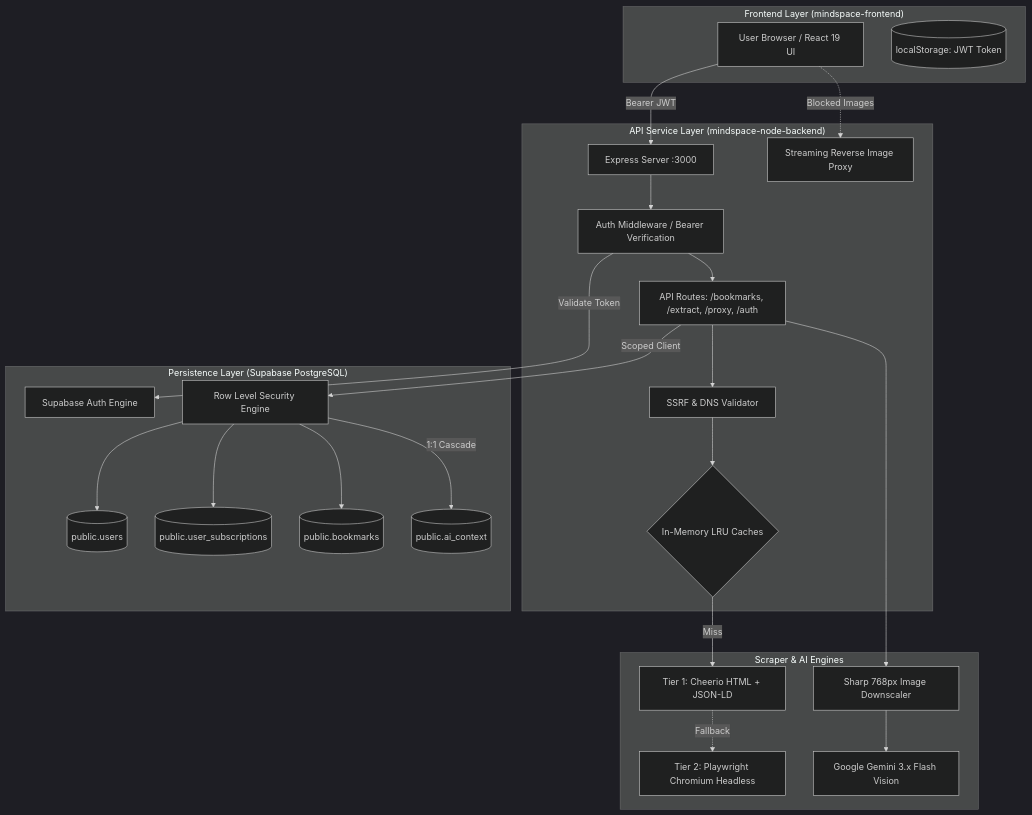
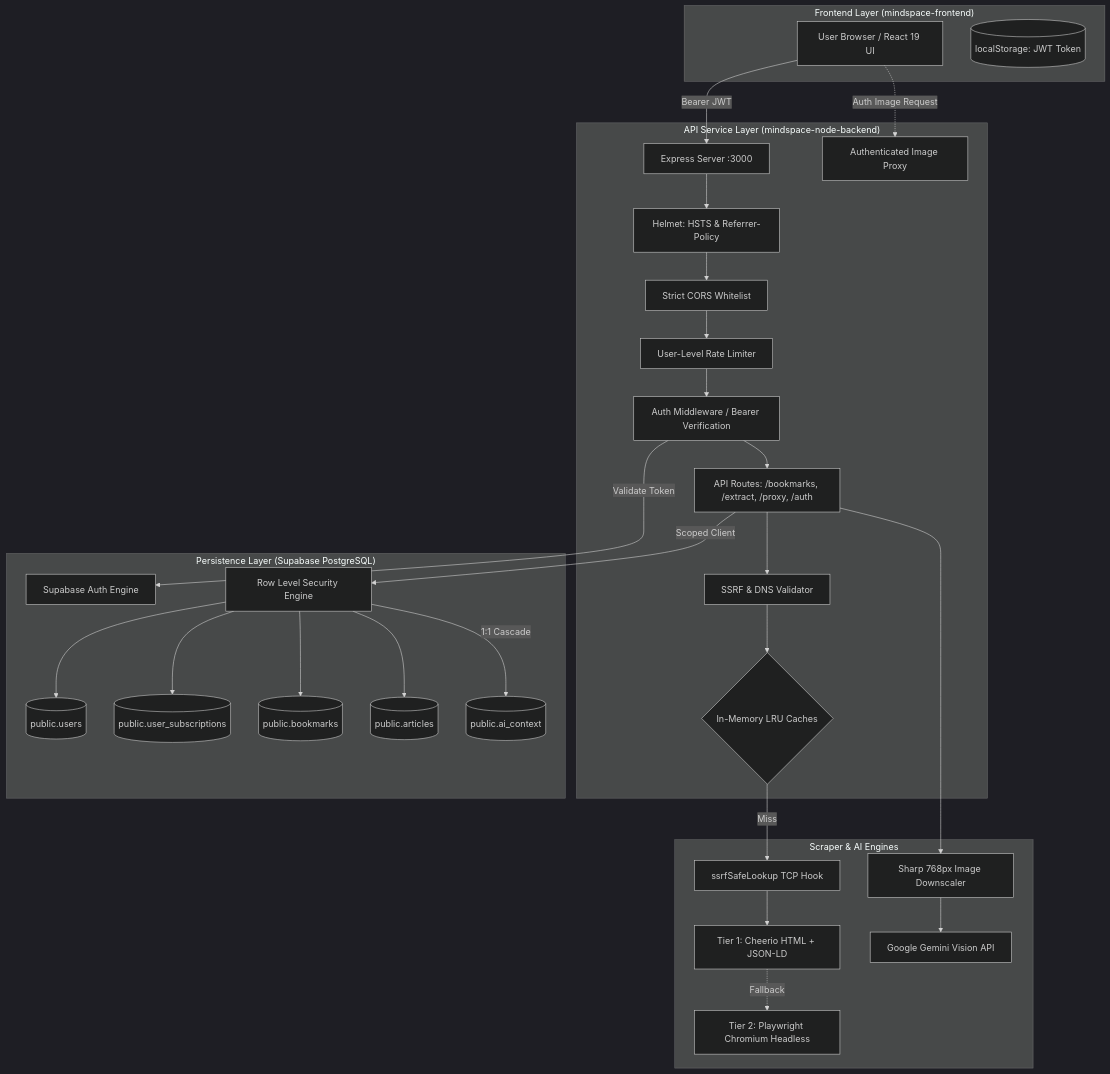
Before and after one commit to vaddadi-abhishek/Link-Web-Scrapper: the first of 3 diagrams in README.md, drawn with Mermaid (dark theme). The commit also changed other lines of this file and 13 other files, not shown here.

Commit message:
feat(security): implement socket SSRF guards, user rate limits, error sanitization, and split docs into DETAILS.md

````diff
--- a/README.md
+++ b/README.md
@@ -140,49 +29,57 @@
 ```mermaid
 graph TB
     subgraph Client ["Frontend Layer (mindspace-frontend)"]
         Browser[User Browser / React 19 UI]
         TokenStorage[(localStorage: JWT Token)]
     end
 
     subgraph Gateway ["API Service Layer (mindspace-node-backend)"]
         Server[Express Server :3000]
+        Helmet[Helmet: HSTS & Referrer-Policy]
+        CORS[Strict CORS Whitelist]
         AuthMW[Auth Middleware / Bearer Verification]
+        Limiter[User-Level Rate Limiter]
         Router[API Routes: /bookmarks, /extract, /proxy, /auth]
         SSRF[SSRF & DNS Validator]
         LRUCache{In-Memory LRU Caches}
-        Proxy[Streaming Reverse Image Proxy]
+        Proxy[Authenticated Image Proxy]
     end
 
     subgraph Scraping ["Scraper & AI Engines"]
         Cheerio[Tier 1: Cheerio HTML + JSON-LD]
         Playwright[Tier 2: Playwright Chromium Headless]
         Sharp[Sharp 768px Image Downscaler]
-        Gemini[Google Gemini 3.x Flash Vision]
+        Gemini[Google Gemini Vision API]
+        SocketSSRF[ssrfSafeLookup TCP Hook]
     end
 
     subgraph SupabaseDB ["Persistence Layer (Supabase PostgreSQL)"]
         AuthDB[Supabase Auth Engine]
         RLS[Row Level Security Engine]
         T_Users[(public.users)]
         T_Subs[(public.user_subscriptions)]
         T_Bookmarks[(public.bookmarks)]
+        T_Articles[(public.articles)]
         T_AI[(public.ai_context)]
     end
 
     Browser -- Bearer JWT --> Server
-    Server --> AuthMW
+    Server --> Helmet --> CORS --> Limiter
+    Limiter --> AuthMW
     AuthMW -- Validate Token --> AuthDB
     AuthMW --> Router
     Router --> SSRF
     SSRF --> LRUCache
-    LRUCache -- Miss --> Cheerio
+    LRUCache -- Miss --> SocketSSRF
+    SocketSSRF --> Cheerio
     Cheerio -. Fallback .-> Playwright
     Router --> Sharp
     Sharp --> Gemini
     Router -- Scoped Client --> RLS
     RLS --> T_Users
     RLS --> T_Subs
     RLS --> T_Bookmarks
+    RLS --> T_Articles
     RLS -- 1:1 Cascade --> T_AI
-    Browser -. Blocked Images .-> Proxy
+    Browser -. Auth Image Request .-> Proxy
 ```
````
